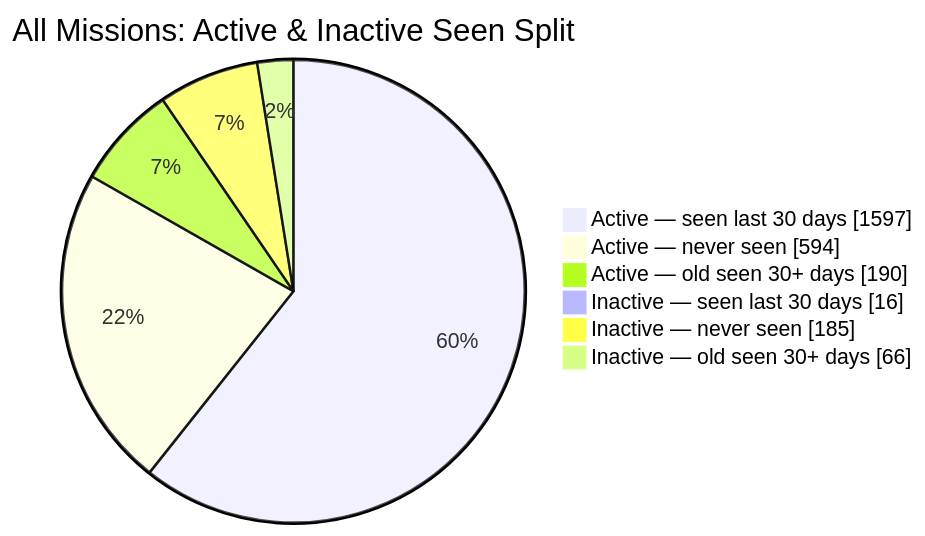
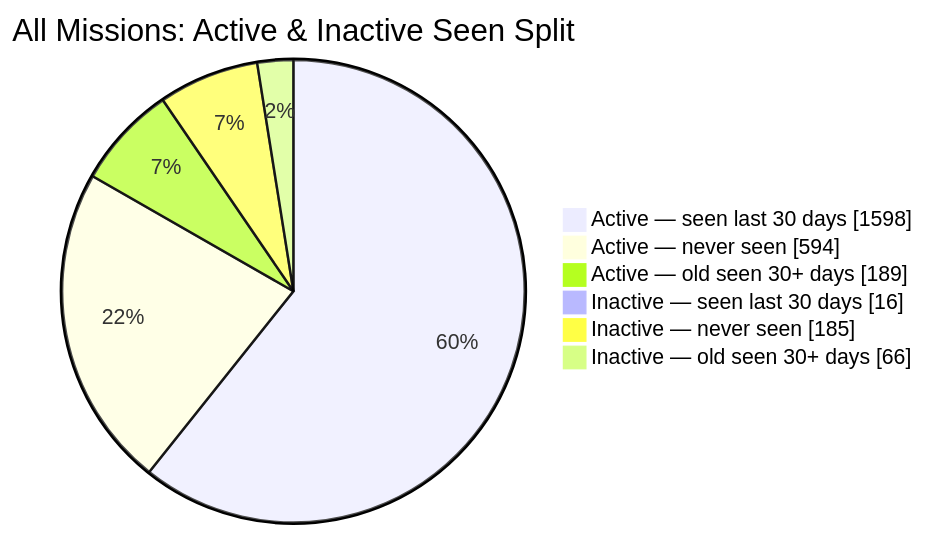
The second of 2 diagrams in README.md (MeldkamerspelGameTeam/active-missions), drawn with Mermaid before and after one commit. The commit also changed other lines of this file and 2 other files, not shown here.

````diff
--- a/README.md
+++ b/README.md
@@ -44,10 +44,10 @@
 ```mermaid
 pie showData
     title All Missions: Active & Inactive Seen Split
-    "Active — seen last 30 days" : 1597
+    "Active — seen last 30 days" : 1598
     "Active — never seen" : 594
-    "Active — old seen 30+ days" : 190
+    "Active — old seen 30+ days" : 189
     "Inactive — seen last 30 days" : 16
     "Inactive — never seen" : 185
     "Inactive — old seen 30+ days" : 66
 ```
````
